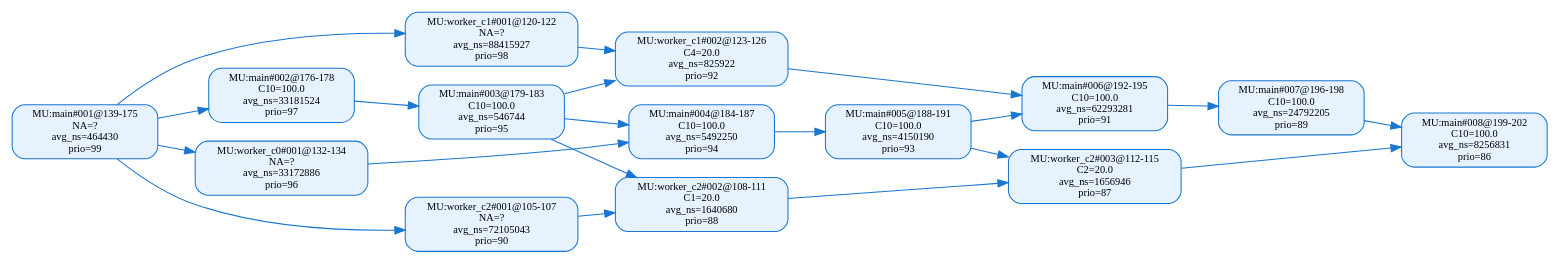
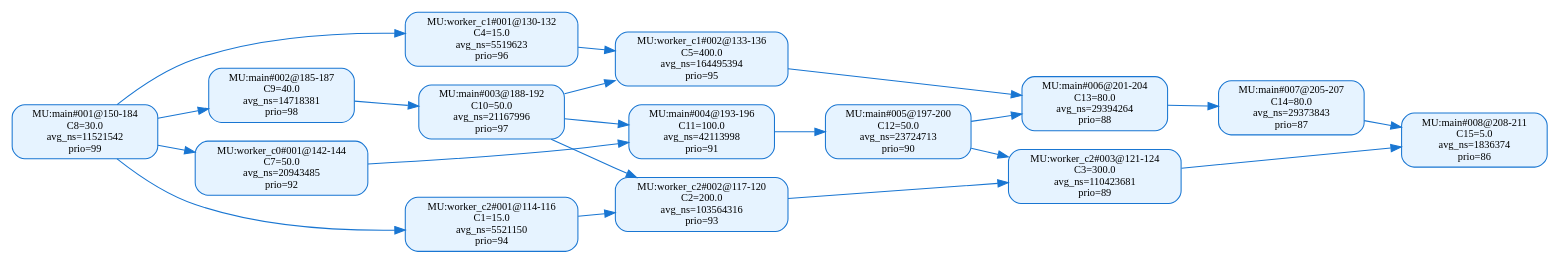
The diagram in 中间结果/zhang2/pipeline/validation/level2/effective_line_merge/heft/dag_seg_annotated_value.dot (RTS-SYSU/DAG-Gen), drawn with Graphviz before and after one commit. The commit also changed 4464 other files, not shown here.

```diff
--- a/中间结果/zhang2/pipeline/validation/level2/effective_line_merge/heft/dag_seg_annotated_value.dot
+++ b/中间结果/zhang2/pipeline/validation/level2/effective_line_merge/heft/dag_seg_annotated_value.dot
@@ -1,38 +1,38 @@
 digraph dag_seg_annotated_value {
   rankdir=LR;
   node [shape=box, style="rounded,filled", fillcolor="#E6F3FF", color="#1976D2", fontsize=10];
   edge [color="#1976D2"];
-  "MU:main#001@139-175" [label="MU:main#001@139-175\nNA=?\navg_ns=464430\nprio=99"];
-  "MU:main#002@176-178" [label="MU:main#002@176-178\nC10=100.0\navg_ns=33181524\nprio=97"];
-  "MU:main#003@179-183" [label="MU:main#003@179-183\nC10=100.0\navg_ns=546744\nprio=95"];
-  "MU:main#004@184-187" [label="MU:main#004@184-187\nC10=100.0\navg_ns=5492250\nprio=94"];
-  "MU:main#005@188-191" [label="MU:main#005@188-191\nC10=100.0\navg_ns=4150190\nprio=93"];
-  "MU:main#006@192-195" [label="MU:main#006@192-195\nC10=100.0\navg_ns=62293281\nprio=91"];
-  "MU:main#007@196-198" [label="MU:main#007@196-198\nC10=100.0\navg_ns=24792205\nprio=89"];
-  "MU:main#008@199-202" [label="MU:main#008@199-202\nC10=100.0\navg_ns=8256831\nprio=86"];
-  "MU:worker_c0#001@132-134" [label="MU:worker_c0#001@132-134\nNA=?\navg_ns=33172886\nprio=96"];
-  "MU:worker_c1#001@120-122" [label="MU:worker_c1#001@120-122\nNA=?\navg_ns=88415927\nprio=98"];
-  "MU:worker_c1#002@123-126" [label="MU:worker_c1#002@123-126\nC4=20.0\navg_ns=825922\nprio=92"];
-  "MU:worker_c2#001@105-107" [label="MU:worker_c2#001@105-107\nNA=?\navg_ns=72105043\nprio=90"];
-  "MU:worker_c2#002@108-111" [label="MU:worker_c2#002@108-111\nC1=20.0\navg_ns=1640680\nprio=88"];
-  "MU:worker_c2#003@112-115" [label="MU:worker_c2#003@112-115\nC2=20.0\navg_ns=1656946\nprio=87"];
-  "MU:worker_c2#001@105-107" -> "MU:worker_c2#002@108-111";
-  "MU:worker_c2#002@108-111" -> "MU:worker_c2#003@112-115";
-  "MU:worker_c1#001@120-122" -> "MU:worker_c1#002@123-126";
-  "MU:main#001@139-175" -> "MU:main#002@176-178";
-  "MU:main#002@176-178" -> "MU:main#003@179-183";
-  "MU:main#003@179-183" -> "MU:main#004@184-187";
-  "MU:main#004@184-187" -> "MU:main#005@188-191";
-  "MU:main#005@188-191" -> "MU:main#006@192-195";
-  "MU:main#006@192-195" -> "MU:main#007@196-198";
-  "MU:main#007@196-198" -> "MU:main#008@199-202";
-  "MU:main#001@139-175" -> "MU:worker_c0#001@132-134";
-  "MU:main#001@139-175" -> "MU:worker_c1#001@120-122";
-  "MU:main#001@139-175" -> "MU:worker_c2#001@105-107";
-  "MU:worker_c0#001@132-134" -> "MU:main#004@184-187";
-  "MU:worker_c1#002@123-126" -> "MU:main#006@192-195";
-  "MU:worker_c2#003@112-115" -> "MU:main#008@199-202";
-  "MU:main#003@179-183" -> "MU:worker_c2#002@108-111";
-  "MU:main#005@188-191" -> "MU:worker_c2#003@112-115";
-  "MU:main#003@179-183" -> "MU:worker_c1#002@123-126";
+  "MU:main#001@150-184" [label="MU:main#001@150-184\nC8=30.0\navg_ns=11521542\nprio=99"];
+  "MU:main#002@185-187" [label="MU:main#002@185-187\nC9=40.0\navg_ns=14718381\nprio=98"];
+  "MU:main#003@188-192" [label="MU:main#003@188-192\nC10=50.0\navg_ns=21167996\nprio=97"];
+  "MU:main#004@193-196" [label="MU:main#004@193-196\nC11=100.0\navg_ns=42113998\nprio=91"];
+  "MU:main#005@197-200" [label="MU:main#005@197-200\nC12=50.0\navg_ns=23724713\nprio=90"];
+  "MU:main#006@201-204" [label="MU:main#006@201-204\nC13=80.0\navg_ns=29394264\nprio=88"];
+  "MU:main#007@205-207" [label="MU:main#007@205-207\nC14=80.0\navg_ns=29373843\nprio=87"];
+  "MU:main#008@208-211" [label="MU:main#008@208-211\nC15=5.0\navg_ns=1836374\nprio=86"];
+  "MU:worker_c0#001@142-144" [label="MU:worker_c0#001@142-144\nC7=50.0\navg_ns=20943485\nprio=92"];
+  "MU:worker_c1#001@130-132" [label="MU:worker_c1#001@130-132\nC4=15.0\navg_ns=5519623\nprio=96"];
+  "MU:worker_c1#002@133-136" [label="MU:worker_c1#002@133-136\nC5=400.0\navg_ns=164495394\nprio=95"];
+  "MU:worker_c2#001@114-116" [label="MU:worker_c2#001@114-116\nC1=15.0\navg_ns=5521150\nprio=94"];
+  "MU:worker_c2#002@117-120" [label="MU:worker_c2#002@117-120\nC2=200.0\navg_ns=103564316\nprio=93"];
+  "MU:worker_c2#003@121-124" [label="MU:worker_c2#003@121-124\nC3=300.0\navg_ns=110423681\nprio=89"];
+  "MU:worker_c2#001@114-116" -> "MU:worker_c2#002@117-120";
+  "MU:worker_c2#002@117-120" -> "MU:worker_c2#003@121-124";
+  "MU:worker_c1#001@130-132" -> "MU:worker_c1#002@133-136";
+  "MU:main#001@150-184" -> "MU:main#002@185-187";
+  "MU:main#002@185-187" -> "MU:main#003@188-192";
+  "MU:main#003@188-192" -> "MU:main#004@193-196";
+  "MU:main#004@193-196" -> "MU:main#005@197-200";
+  "MU:main#005@197-200" -> "MU:main#006@201-204";
+  "MU:main#006@201-204" -> "MU:main#007@205-207";
+  "MU:main#007@205-207" -> "MU:main#008@208-211";
+  "MU:main#001@150-184" -> "MU:worker_c0#001@142-144";
+  "MU:main#001@150-184" -> "MU:worker_c1#001@130-132";
+  "MU:main#001@150-184" -> "MU:worker_c2#001@114-116";
+  "MU:worker_c0#001@142-144" -> "MU:main#004@193-196";
+  "MU:worker_c1#002@133-136" -> "MU:main#006@201-204";
+  "MU:worker_c2#003@121-124" -> "MU:main#008@208-211";
+  "MU:main#003@188-192" -> "MU:worker_c2#002@117-120";
+  "MU:main#005@197-200" -> "MU:worker_c2#003@121-124";
+  "MU:main#003@188-192" -> "MU:worker_c1#002@133-136";
 }
```
